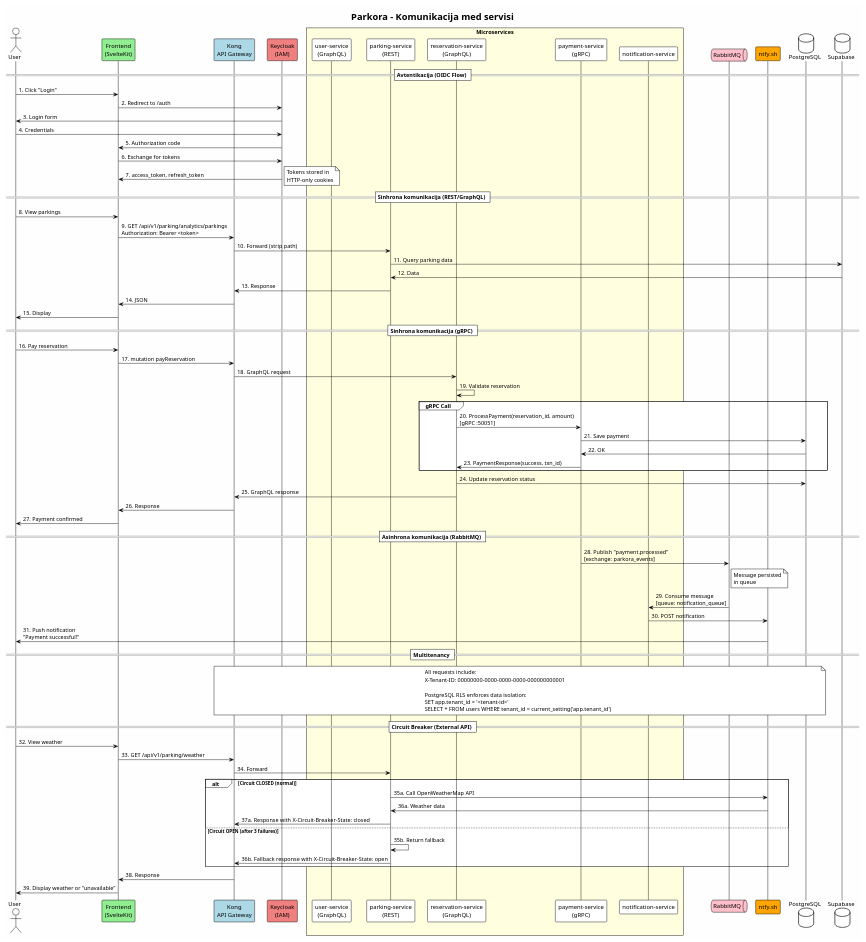
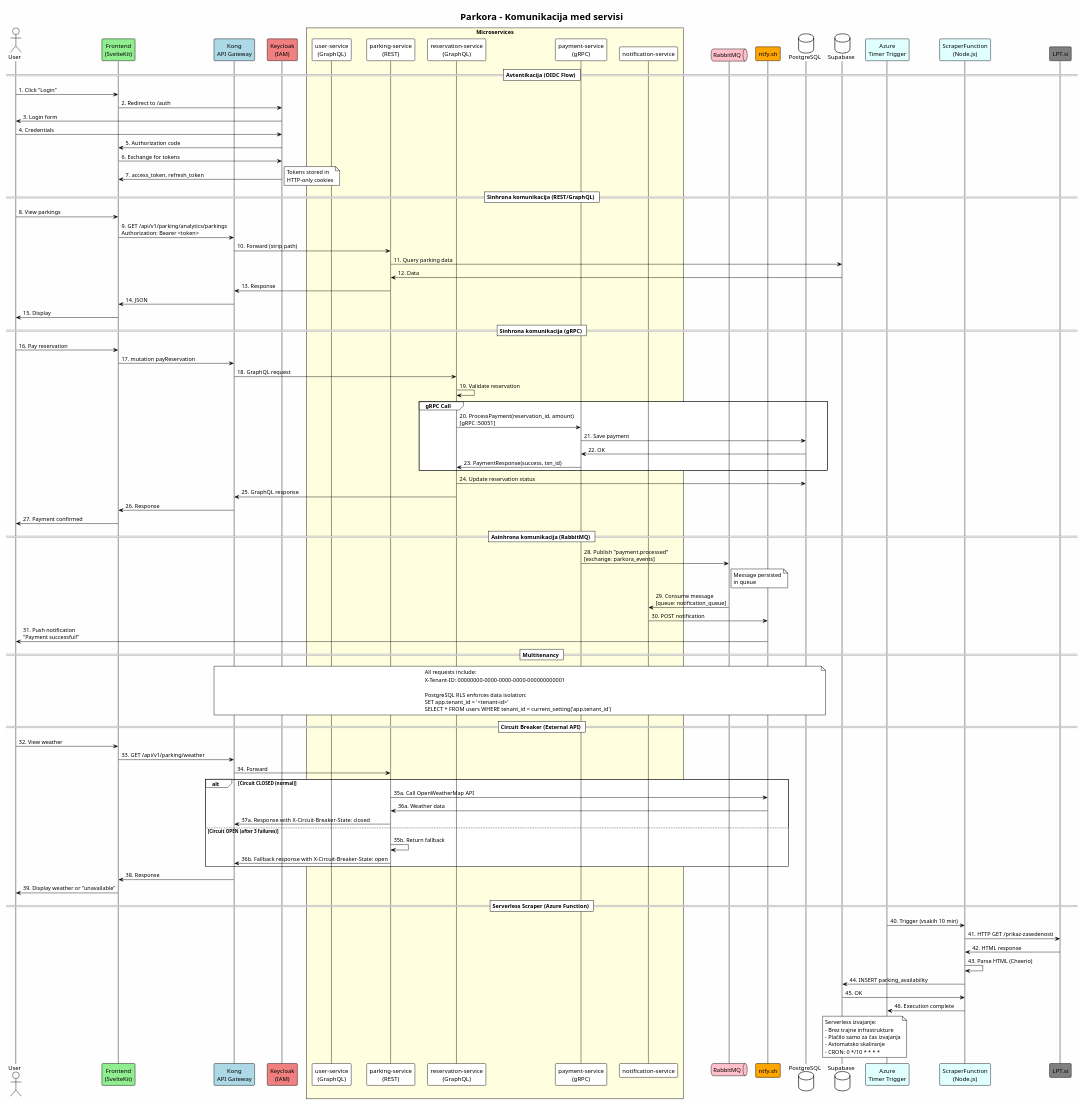
The diagram in diagrami/komunikacija.puml (sample-unwind/docs), drawn with PlantUML before and after one commit. The commit also changed 6 other files, not shown here.

First line of the commit message:
docs: spremeni serverless funkcijo iz invoice na scraper

```diff
--- a/diagrami/komunikacija.puml
+++ b/diagrami/komunikacija.puml
@@ -1,104 +1,126 @@
 @startuml komunikacija
 !theme plain
 skinparam backgroundColor #FEFEFE
 
 title Parkora - Komunikacija med servisi
 
 actor "User" as user
 participant "Frontend\n(SvelteKit)" as frontend #LightGreen
 participant "Kong\nAPI Gateway" as kong #LightBlue
 participant "Keycloak\n(IAM)" as keycloak #LightCoral
 
 box "Microservices" #LightYellow
     participant "user-service\n(GraphQL)" as user_svc
     participant "parking-service\n(REST)" as parking_svc
     participant "reservation-service\n(GraphQL)" as reservation_svc
     participant "payment-service\n(gRPC)" as payment_svc
     participant "notification-service" as notification_svc
 end box
 
 queue "RabbitMQ" as rabbitmq #Pink
 participant "ntfy.sh" as ntfy #Orange
 database "PostgreSQL" as postgres
 database "Supabase" as supabase
 
 == Avtentikacija (OIDC Flow) ==
 
 user -> frontend : 1. Click "Login"
 frontend -> keycloak : 2. Redirect to /auth
 keycloak -> user : 3. Login form
 user -> keycloak : 4. Credentials
 keycloak -> frontend : 5. Authorization code
 frontend -> keycloak : 6. Exchange for tokens
 keycloak -> frontend : 7. access_token, refresh_token
 note right : Tokens stored in\nHTTP-only cookies
 
 == Sinhrona komunikacija (REST/GraphQL) ==
 
 user -> frontend : 8. View parkings
 frontend -> kong : 9. GET /api/v1/parking/analytics/parkings\nAuthorization: Bearer <token>
 kong -> parking_svc : 10. Forward (strip path)
 parking_svc -> supabase : 11. Query parking data
 supabase -> parking_svc : 12. Data
 parking_svc -> kong : 13. Response
 kong -> frontend : 14. JSON
 frontend -> user : 15. Display
 
 == Sinhrona komunikacija (gRPC) ==
 
 user -> frontend : 16. Pay reservation
 frontend -> kong : 17. mutation payReservation
 kong -> reservation_svc : 18. GraphQL request
 reservation_svc -> reservation_svc : 19. Validate reservation
 
 group gRPC Call
     reservation_svc -> payment_svc : 20. ProcessPayment(reservation_id, amount)\n[gRPC :50051]
     payment_svc -> postgres : 21. Save payment
     postgres -> payment_svc : 22. OK
     payment_svc -> reservation_svc : 23. PaymentResponse(success, txn_id)
 end
 
 reservation_svc -> postgres : 24. Update reservation status
 reservation_svc -> kong : 25. GraphQL response
 kong -> frontend : 26. Response
 frontend -> user : 27. Payment confirmed
 
 == Asinhrona komunikacija (RabbitMQ) ==
 
 payment_svc -> rabbitmq : 28. Publish "payment.processed"\n[exchange: parkora_events]
 note right of rabbitmq : Message persisted\nin queue
 
 rabbitmq -> notification_svc : 29. Consume message\n[queue: notification_queue]
 notification_svc -> ntfy : 30. POST notification
 ntfy -> user : 31. Push notification\n"Payment successful!"
 
 == Multitenancy ==
 
 note over kong, postgres
     All requests include:
     X-Tenant-ID: 00000000-0000-0000-0000-000000000001
     
     PostgreSQL RLS enforces data isolation:
     SET app.tenant_id = '<tenant-id>'
     SELECT * FROM users WHERE tenant_id = current_setting('app.tenant_id')
 end note
 
 == Circuit Breaker (External API) ==
 
 user -> frontend : 32. View weather
 frontend -> kong : 33. GET /api/v1/parking/weather
 kong -> parking_svc : 34. Forward
 
 alt Circuit CLOSED (normal)
     parking_svc -> ntfy : 35a. Call OpenWeatherMap API
     ntfy -> parking_svc : 36a. Weather data
     parking_svc -> kong : 37a. Response with X-Circuit-Breaker-State: closed
 else Circuit OPEN (after 3 failures)
     parking_svc -> parking_svc : 35b. Return fallback
     parking_svc -> kong : 36b. Fallback response with X-Circuit-Breaker-State: open
 end
 
 kong -> frontend : 38. Response
 frontend -> user : 39. Display weather or "unavailable"
 
+== Serverless Scraper (Azure Function) ==
+
+participant "Azure\nTimer Trigger" as timer #LightCyan
+participant "ScraperFunction\n(Node.js)" as scraper #LightCyan
+participant "LPT.si" as lpt_site #Gray
+
+timer -> scraper : 40. Trigger (vsakih 10 min)
+scraper -> lpt_site : 41. HTTP GET /prikaz-zasedenosti
+lpt_site -> scraper : 42. HTML response
+scraper -> scraper : 43. Parse HTML (Cheerio)
+scraper -> supabase : 44. INSERT parking_availability
+supabase -> scraper : 45. OK
+scraper -> timer : 46. Execution complete
+
+note over timer, supabase
+    Serverless izvajanje:
+    - Brez trajne infrastrukture
+    - Plačilo samo za čas izvajanja
+    - Avtomatsko skaliranje
+    - CRON: 0 */10 * * * *
+end note
+
 @enduml
```
